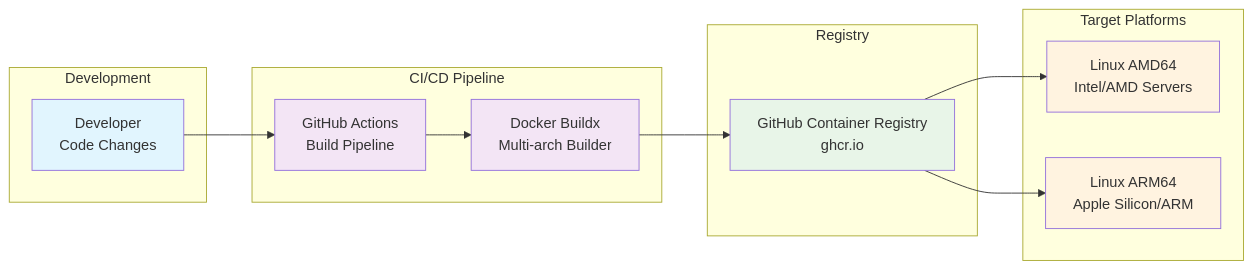
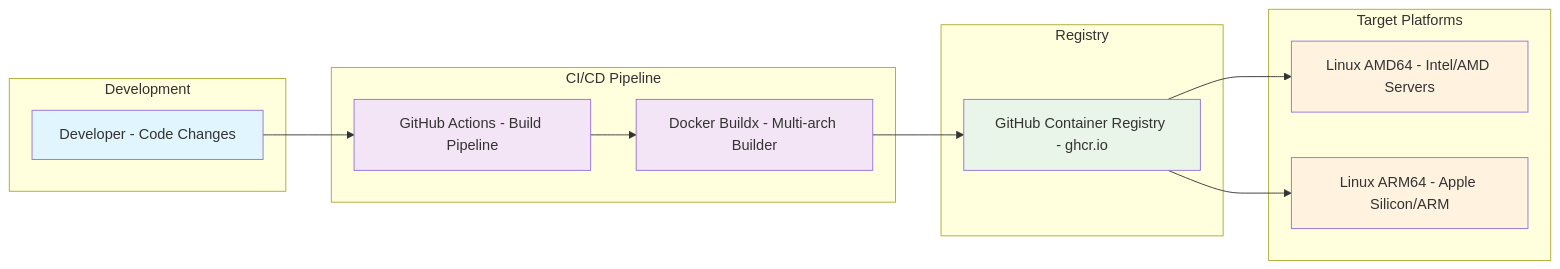
The ninth of 9 diagrams in DEMO_PRESENTATION.md (supercheck-io/supercheck-core), drawn with Mermaid before and after one commit. The commit also changed other lines of this file and 2 other files, not shown here.

Commit message:
Enhance documentation for Supercheck platform, including a comprehensive overview, updated architecture diagrams, and detailed descriptions of core features and user workflows

````diff
--- a/DEMO_PRESENTATION.md
+++ b/DEMO_PRESENTATION.md
@@ -685,36 +705,36 @@
 ```mermaid
 flowchart LR
-    subgraph "Development"
-        DEV[Developer<br/>Code Changes]
+    subgraph dev ["Development"]
+        DEV[Developer - Code Changes]
     end
     
-    subgraph "CI/CD Pipeline"
-        GHA[GitHub Actions<br/>Build Pipeline]
-        BUILDX[Docker Buildx<br/>Multi-arch Builder]
+    subgraph cicd ["CI/CD Pipeline"]
+        GHA[GitHub Actions - Build Pipeline]
+        BUILDX[Docker Buildx - Multi-arch Builder]
     end
     
-    subgraph "Registry"
-        GHCR[GitHub Container Registry<br/>ghcr.io]
+    subgraph registry ["Registry"]
+        GHCR[GitHub Container Registry - ghcr.io]
     end
     
-    subgraph "Target Platforms"
-        AMD64[Linux AMD64<br/>Intel/AMD Servers]
-        ARM64[Linux ARM64<br/>Apple Silicon/ARM]
+    subgraph platforms ["Target Platforms"]
+        AMD64[Linux AMD64 - Intel/AMD Servers]
+        ARM64[Linux ARM64 - Apple Silicon/ARM]
     end
     
     DEV --> GHA
     GHA --> BUILDX
     BUILDX --> GHCR
     GHCR --> AMD64
     GHCR --> ARM64
     
     classDef dev fill:#e1f5fe
     classDef ci fill:#f3e5f5
     classDef registry fill:#e8f5e8
     classDef platform fill:#fff3e0
     
     class DEV dev
     class GHA,BUILDX ci
     class GHCR registry
     class AMD64,ARM64 platform
 ```
````
